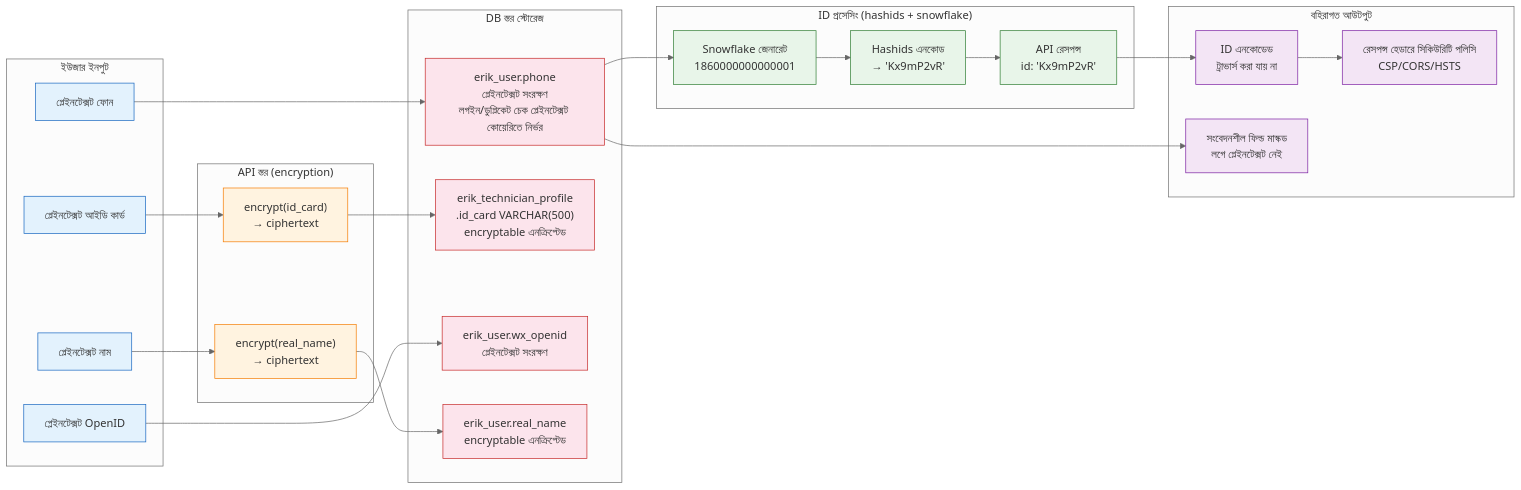
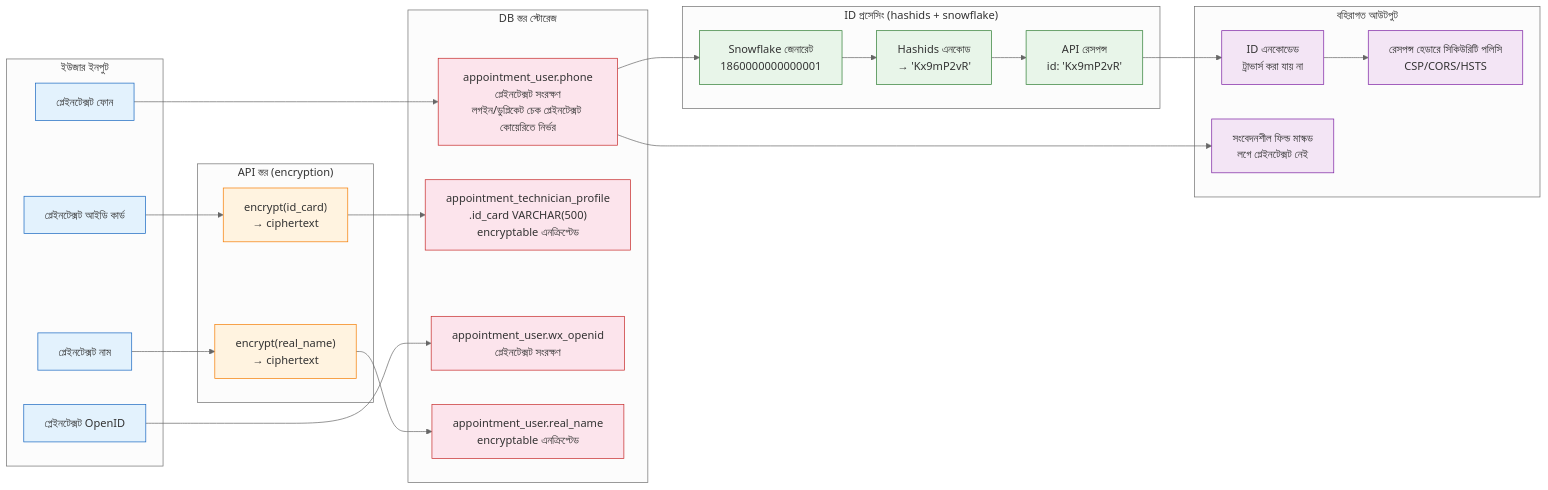
The fourth of 4 diagrams in docs/bn/diagrams/SECURITY-ARCHITECTURE.md (erikwang2013/appointment-php), drawn with Mermaid (neutral theme) before and after one commit. The commit also changed 363 other files, not shown here.

````diff
--- a/docs/bn/diagrams/SECURITY-ARCHITECTURE.md
+++ b/docs/bn/diagrams/SECURITY-ARCHITECTURE.md
@@ -179,54 +179,54 @@
 ```mermaid
 flowchart LR
     subgraph 输入["ইউজার ইনপুট"]
         I1["প্লেইনটেক্সট ফোন"]
         I2["প্লেইনটেক্সট আইডি কার্ড"]
         I3["প্লেইনটেক্সট OpenID"]
         I4["প্লেইনটেক্সট নাম"]
     end
 
     subgraph API加密["API স্তর (encryption)"]
         E1["encrypt(id_card)<br/>→ ciphertext"]
         E2["encrypt(real_name)<br/>→ ciphertext"]
     end
 
     subgraph DB存储["DB স্তর স্টোরেজ"]
-        D1["erik_user.phone<br/>প্লেইনটেক্সট সংরক্ষণ<br/>লগইন/ডুপ্লিকেট চেক প্লেইনটেক্সট কোয়েরিতে নির্ভর"]
-        D2["erik_technician_profile<br/>.id_card VARCHAR(500)<br/>encryptable এনক্রিপ্টেড"]
-        D3["erik_user.wx_openid<br/>প্লেইনটেক্সট সংরক্ষণ"]
-        D4["erik_user.real_name<br/>encryptable এনক্রিপ্টেড"]
+        D1["appointment_user.phone<br/>প্লেইনটেক্সট সংরক্ষণ<br/>লগইন/ডুপ্লিকেট চেক প্লেইনটেক্সট কোয়েরিতে নির্ভর"]
+        D2["appointment_technician_profile<br/>.id_card VARCHAR(500)<br/>encryptable এনক্রিপ্টেড"]
+        D3["appointment_user.wx_openid<br/>প্লেইনটেক্সট সংরক্ষণ"]
+        D4["appointment_user.real_name<br/>encryptable এনক্রিপ্টেড"]
     end
 
     subgraph ID处理["ID প্রসেসিং (hashids + snowflake)"]
         H1["Snowflake জেনারেট<br/>1860000000000001"]
         H2["Hashids এনকোড<br/>→ 'Kx9mP2vR'"]
         H3["API রেসপন্স<br/>id: 'Kx9mP2vR'"]
     end
 
     subgraph 输出["বহিরাগত আউটপুট"]
         O1["ID এনকোডেড<br/>ট্রাভার্স করা যায় না"]
         O2["সংবেদনশীল ফিল্ড মাস্কড<br/>লগে প্লেইনটেক্সট নেই"]
         O3["রেসপন্স হেডারে সিকিউরিটি পলিসি<br/>CSP/CORS/HSTS"]
     end
 
     I1 --> D1
     I2 --> E1 --> D2
     I3 --> D3
     I4 --> E2 --> D4
     D1 --> H1 --> H2 --> H3
     H3 --> O1
     D1 --> O2
     O1 --> O3
 
     classDef input fill:#e3f2fd,stroke:#1565c0,color:#333
     classDef encrypt fill:#fff3e0,stroke:#f57c00,color:#333
     classDef db fill:#fce4ec,stroke:#c62828,color:#333
     classDef id fill:#e8f5e9,stroke:#2e7d32,color:#333
     classDef output fill:#f3e5f5,stroke:#7b1fa2,color:#333
 
     class I1,I2,I3,I4 input
     class E1,E2 encrypt
     class D1,D2,D3,D4 db
     class H1,H2,H3 id
     class O1,O2,O3 output
 ```
````
